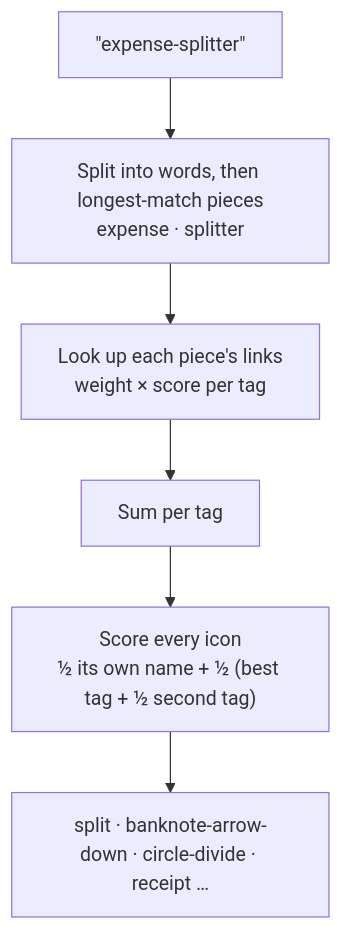
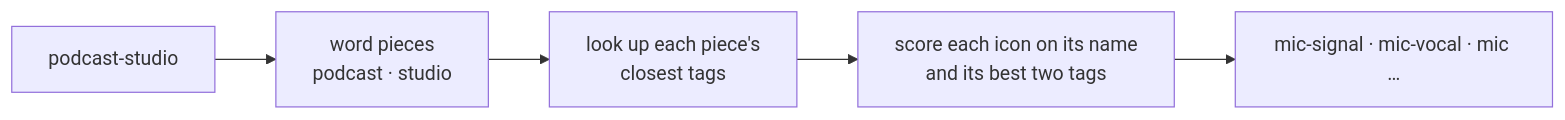
The diagram in README.md (mike-anderson/semantic-icon-search), drawn with Mermaid before and after one commit. The commit also changed other lines of this file and 3 other files, not shown here.

````diff
--- a/README.md
+++ b/README.md
@@ -48,8 +151,7 @@
 ```mermaid
-flowchart TB
-  A["&quot;expense-splitter&quot;"] --> W["Split into words, then longest-match pieces<br/>expense · splitter"]
-  W --> L["Look up each piece's links<br/>weight × score per tag"]
-  L --> S["Sum per tag"]
-  S --> R["Score every icon<br/>½ its own name + ½ (best tag + ½ second tag)"]
-  R --> O["split · banknote-arrow-down · circle-divide · receipt …"]
+flowchart LR
+  N["podcast-studio"] --> P["word pieces<br/>podcast · studio"]
+  P --> L["look up each piece's<br/>closest tags"]
+  L --> S["score each icon on its name<br/>and its best two tags"]
+  S --> R["mic-signal · mic-vocal · mic …"]
 ```
````
